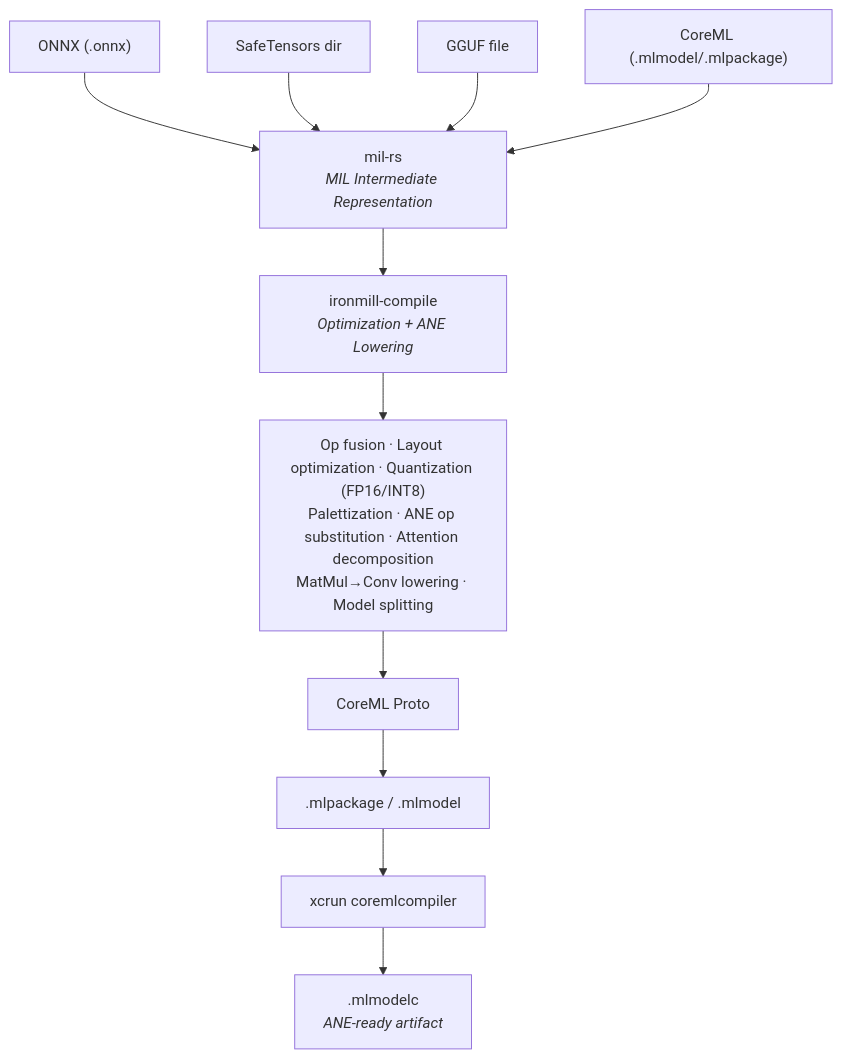
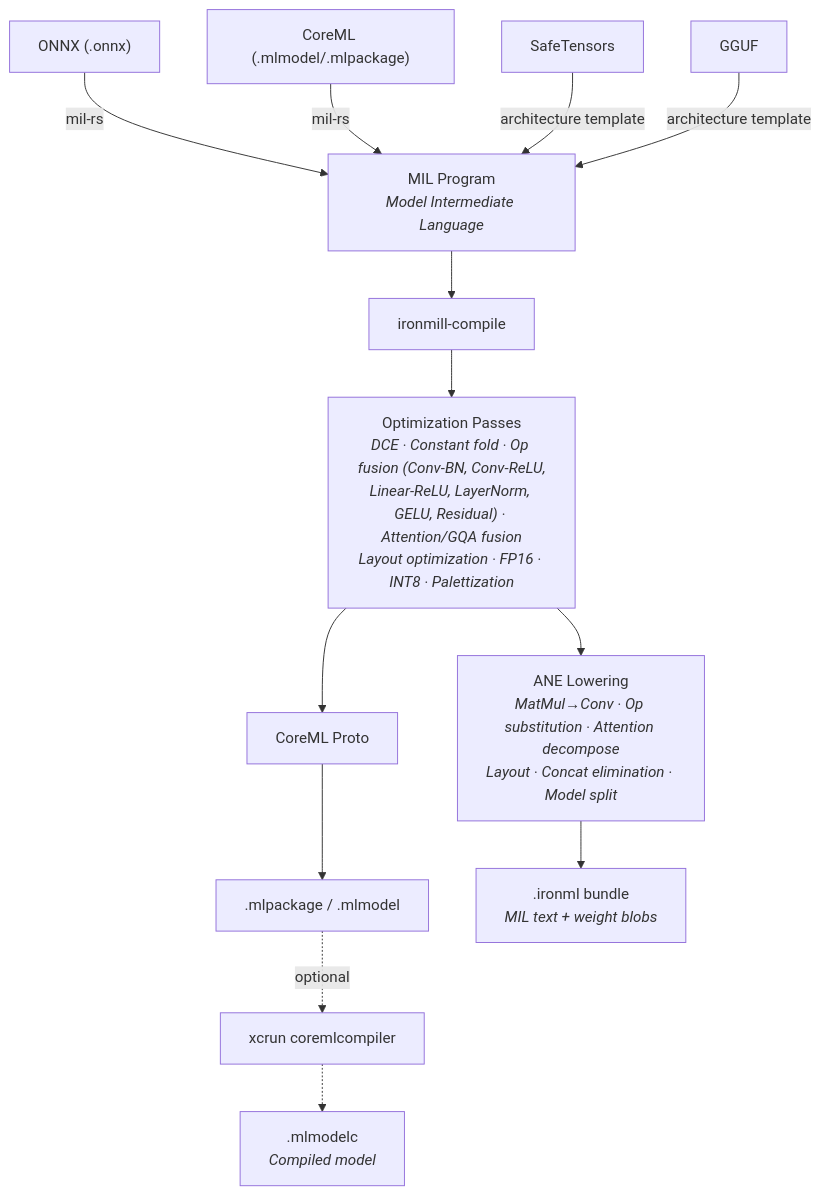
Before and after one commit to jafreck/ironmill: the first of 2 diagrams in README.md, drawn with Mermaid. The commit also changed other lines of this file, not shown here.

First line of the commit message:
docs: update README diagrams for compilation pipeline and crate structure

````diff
--- a/README.md
+++ b/README.md
@@ -146,32 +146,38 @@
 ```mermaid
 graph TD
     onnx["ONNX (.onnx)"]
-    safetensors["SafeTensors dir"]
-    gguf["GGUF file"]
     coreml_in["CoreML (.mlmodel/.mlpackage)"]
+    safetensors["SafeTensors"]
+    gguf["GGUF"]
 
-    mil["mil-rs<br/><i>MIL Intermediate Representation</i>"]
+    mil["MIL Program<br/><i>Model Intermediate Language</i>"]
 
-    onnx --> mil
-    safetensors --> mil
-    gguf --> mil
-    coreml_in --> mil
+    onnx -->|mil-rs| mil
+    coreml_in -->|mil-rs| mil
+    safetensors -->|"architecture template"| mil
+    gguf -->|"architecture template"| mil
 
-    compile["ironmill-compile<br/><i>Optimization + ANE Lowering</i>"]
+    compile["ironmill-compile"]
     mil --> compile
 
-    passes["Op fusion · Layout optimization · Quantization (FP16/INT8)<br/>Palettization · ANE op substitution · Attention decomposition<br/>MatMul→Conv lowering · Model splitting"]
+    passes["Optimization Passes<br/><i>DCE · Constant fold · Op fusion (Conv‑BN, Conv‑ReLU,<br/>Linear‑ReLU, LayerNorm, GELU, Residual) · Attention/GQA fusion<br/>Layout optimization · FP16 · INT8 · Palettization</i>"]
     compile --> passes
 
     proto["CoreML Proto"]
     passes --> proto
 
     pkg[".mlpackage / .mlmodel"]
     proto --> pkg
 
     xcrun["xcrun coremlcompiler"]
-    pkg --> xcrun
+    pkg -.->|optional| xcrun
 
-    mlmodelc[".mlmodelc<br/><i>ANE-ready artifact</i>"]
-    xcrun --> mlmodelc
+    mlmodelc[".mlmodelc<br/><i>Compiled model</i>"]
+    xcrun -.-> mlmodelc
+
+    ane["ANE Lowering<br/><i>MatMul→Conv · Op substitution · Attention decompose<br/>Layout · Concat elimination · Model split</i>"]
+    passes --> ane
+
+    bundle[".ironml bundle<br/><i>MIL text + weight blobs</i>"]
+    ane --> bundle
 ```
````
